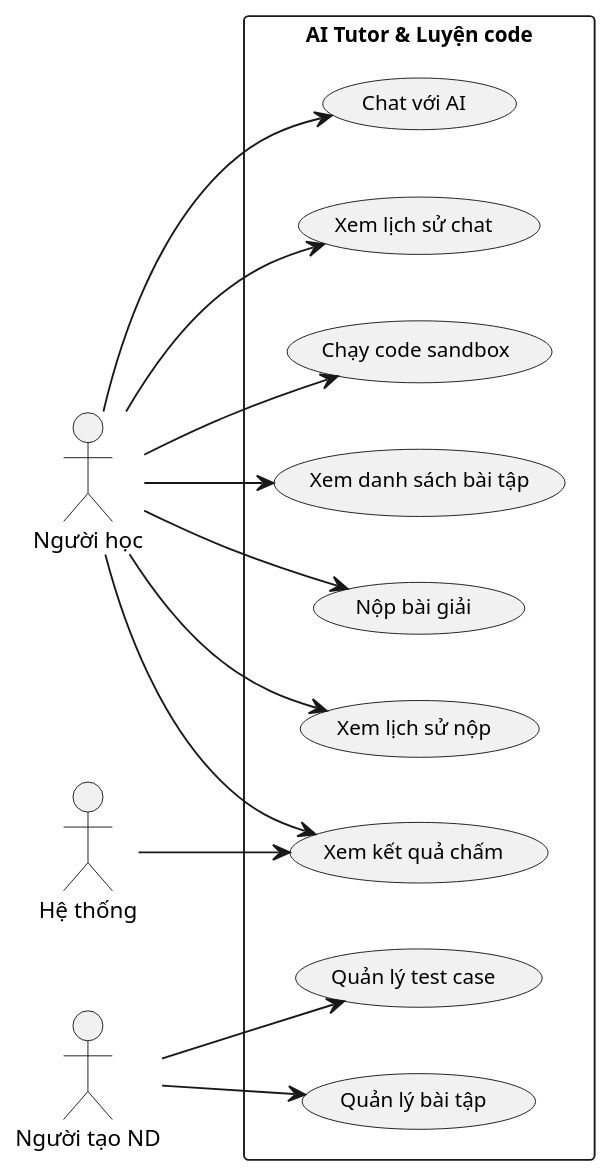
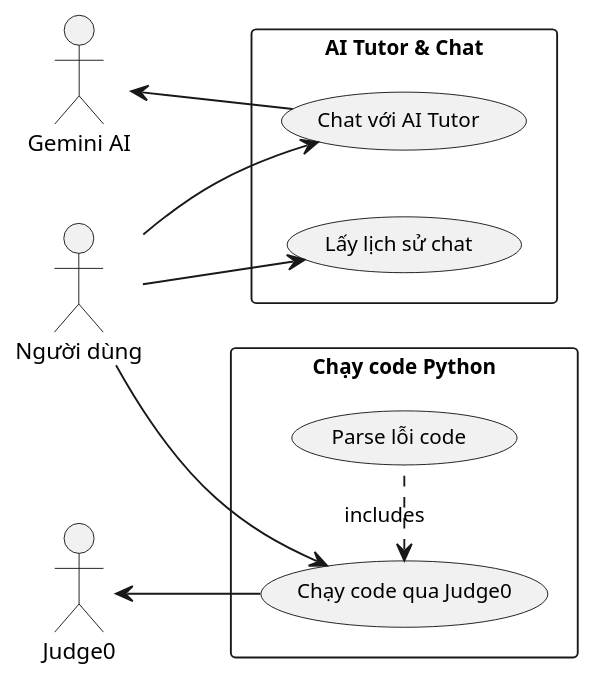
One commit to Lamdzmaoda/Project changed the diagram in diagrams/uc-practice-detail.puml. Above: the diagram before and after it, drawn with PlantUML. The commit also changed 217 other files, not shown here.

```diff
--- a/diagrams/uc-practice-detail.puml
+++ b/diagrams/uc-practice-detail.puml
@@ -1,37 +1,32 @@
 @startuml
 skinparam dpi 120
 skinparam backgroundColor #FFFFFF
 skinparam defaultFontSize 11
 skinparam useCaseFontSize 11
 skinparam actorFontSize 12
 
 left to right direction
 
-actor "Người học" as USER
-actor "Người tạo ND" as CREATOR
-actor "Hệ thống" as SYS
+actor "Người dùng" as USER
+actor "Gemini AI" as AI
+actor "Judge0" as JUDGE0
 
-rectangle "AI Tutor & Luyện code" {
-  (Chat với AI) as A1
-  (Xem lịch sử chat) as A2
-  (Chạy code sandbox) as P1
-  (Xem danh sách bài tập) as P2
-  (Nộp bài giải) as P3
-  (Xem kết quả chấm) as P4
-  (Xem lịch sử nộp) as P5
-  (Quản lý bài tập) as P6
-  (Quản lý test case) as P7
+rectangle "AI Tutor & Chat" {
+  (Chat với AI Tutor) as A1
+  (Lấy lịch sử chat) as A2
 
   USER --> A1
   USER --> A2
+  AI <-- A1
+}
+
+rectangle "Chạy code Python" {
+  (Chạy code qua Judge0) as P1
+  (Parse lỗi code) as P2
+
   USER --> P1
-  USER --> P2
-  USER --> P3
-  USER --> P4
-  USER --> P5
-  CREATOR --> P6
-  CREATOR --> P7
-  SYS --> P4
+  JUDGE0 <-- P1
+  P1 <. P2 : includes
 }
 
 @enduml
```
